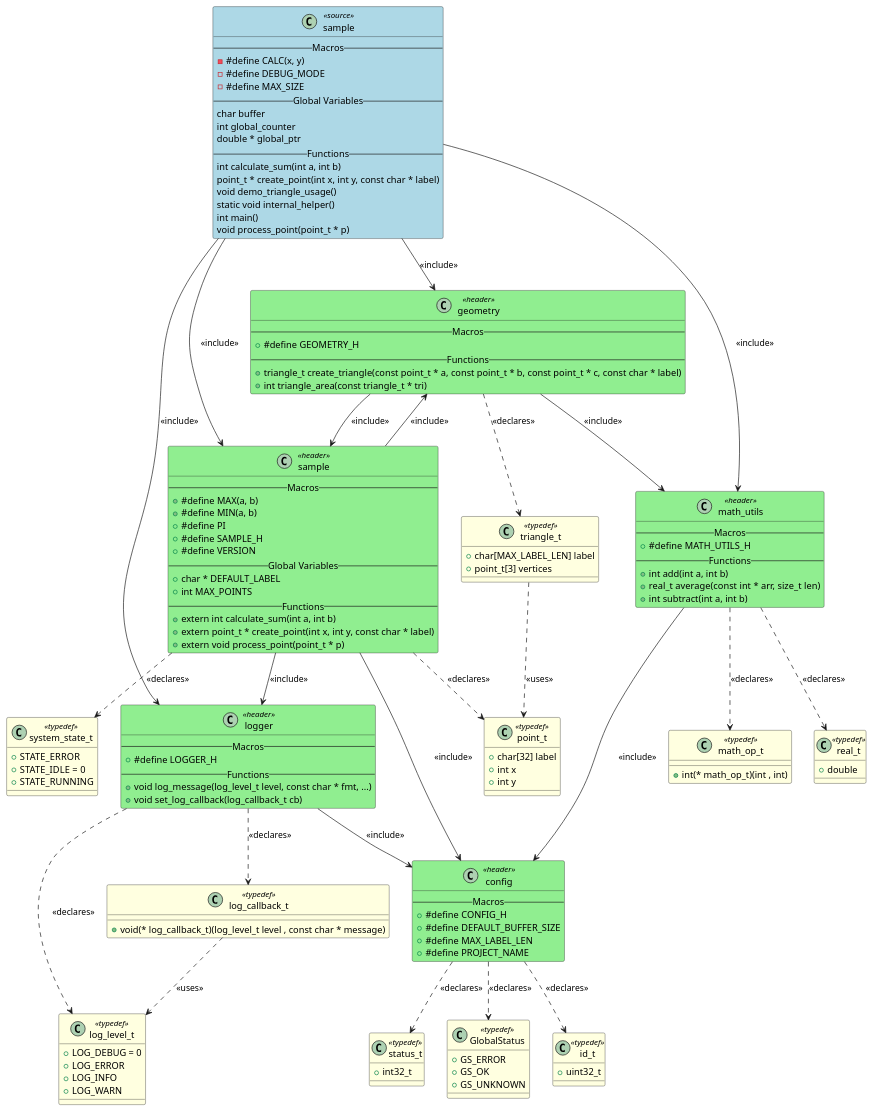
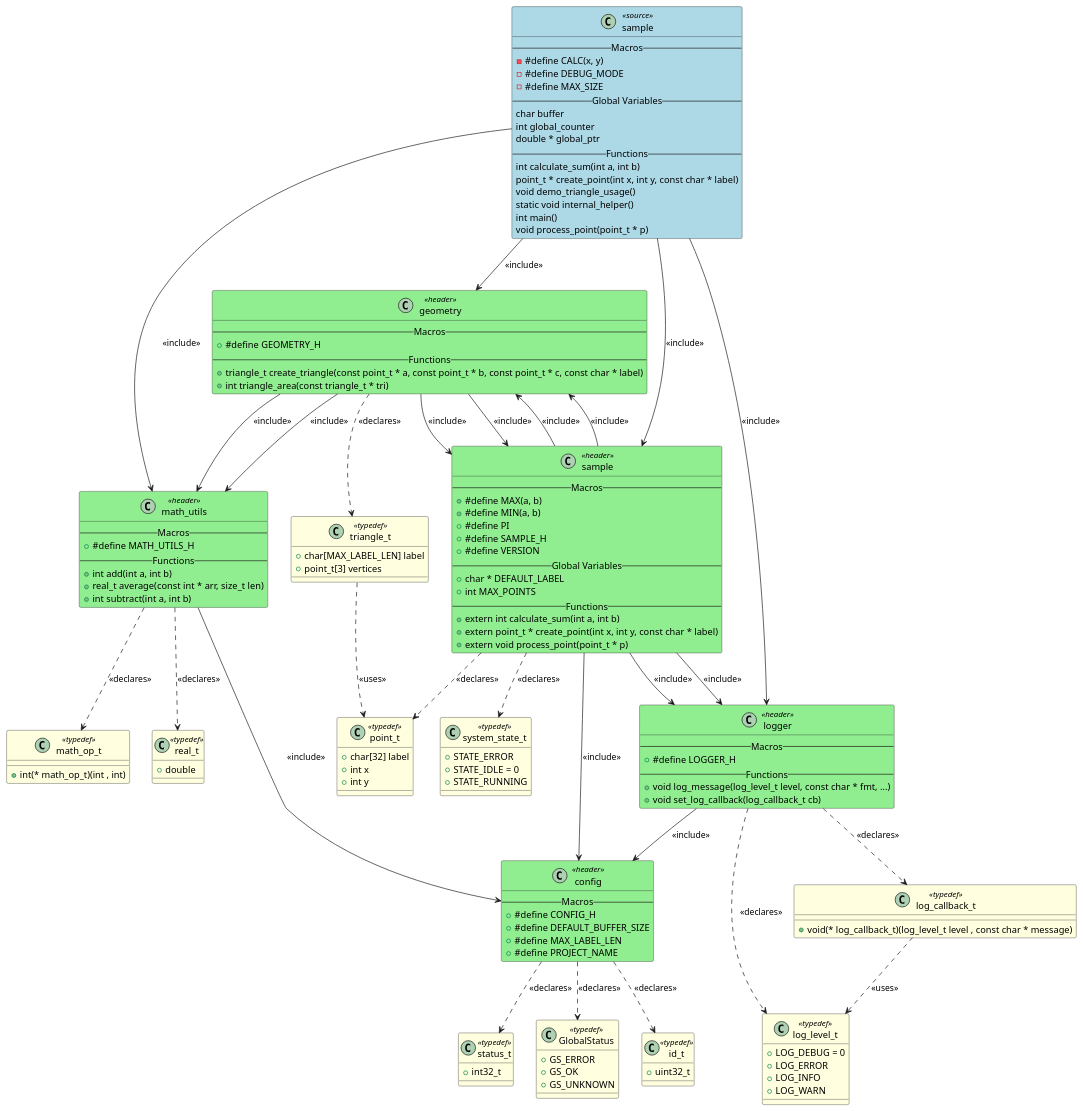
Before and after one commit to fischerjooo/c2puml: the diagram in output/sample.puml, drawn with PlantUML. The commit also changed 15 other files, not shown here.

```diff
--- a/output/sample.puml
+++ b/output/sample.puml
@@ -1,166 +1,170 @@
 @startuml sample
 
 class "sample" as SAMPLE <<source>> #LightBlue
 {
     -- Macros --
     - #define CALC(x, y)
     - #define DEBUG_MODE
     - #define MAX_SIZE
     -- Global Variables --
     char buffer
     int global_counter
     double * global_ptr
     -- Functions --
     int calculate_sum(int a, int b)
     point_t * create_point(int x, int y, const char * label)
     void demo_triangle_usage()
     static void internal_helper()
     int main()
     void process_point(point_t * p)
 }
 
 class "config" as HEADER_CONFIG <<header>> #LightGreen
 {
     -- Macros --
     + #define CONFIG_H
     + #define DEFAULT_BUFFER_SIZE
     + #define MAX_LABEL_LEN
     + #define PROJECT_NAME
 }
 
 class "geometry" as HEADER_GEOMETRY <<header>> #LightGreen
 {
     -- Macros --
     + #define GEOMETRY_H
     -- Functions --
     + triangle_t create_triangle(const point_t * a, const point_t * b, const point_t * c, const char * label)
     + int triangle_area(const triangle_t * tri)
 }
 
 class "logger" as HEADER_LOGGER <<header>> #LightGreen
 {
     -- Macros --
     + #define LOGGER_H
     -- Functions --
     + void log_message(log_level_t level, const char * fmt, ...)
     + void set_log_callback(log_callback_t cb)
 }
 
 class "math_utils" as HEADER_MATH_UTILS <<header>> #LightGreen
 {
     -- Macros --
     + #define MATH_UTILS_H
     -- Functions --
     + int add(int a, int b)
     + real_t average(const int * arr, size_t len)
     + int subtract(int a, int b)
 }
 
 class "sample" as HEADER_SAMPLE <<header>> #LightGreen
 {
     -- Macros --
     + #define MAX(a, b)
     + #define MIN(a, b)
     + #define PI
     + #define SAMPLE_H
     + #define VERSION
     -- Global Variables --
     + char * DEFAULT_LABEL
     + int MAX_POINTS
     -- Functions --
     + extern int calculate_sum(int a, int b)
     + extern point_t * create_point(int x, int y, const char * label)
     + extern void process_point(point_t * p)
 }
 
 class "GlobalStatus" as TYPEDEF_GLOBALSTATUS <<typedef>> #LightYellow
 {
     + GS_ERROR
     + GS_OK
     + GS_UNKNOWN
 }
 
 class "id_t" as TYPEDEF_ID_T <<typedef>> #LightYellow
 {
     + uint32_t
 }
 
 class "status_t" as TYPEDEF_STATUS_T <<typedef>> #LightYellow
 {
     + int32_t
 }
 
 class "triangle_t" as TYPEDEF_TRIANGLE_T <<typedef>> #LightYellow
 {
     + char[MAX_LABEL_LEN] label
     + point_t[3] vertices
 }
 
 class "log_level_t" as TYPEDEF_LOG_LEVEL_T <<typedef>> #LightYellow
 {
     + LOG_DEBUG = 0
     + LOG_ERROR
     + LOG_INFO
     + LOG_WARN
 }
 
 class "log_callback_t" as TYPEDEF_LOG_CALLBACK_T <<typedef>> #LightYellow
 {
     + void(* log_callback_t)(log_level_t level , const char * message)
 }
 
 class "math_op_t" as TYPEDEF_MATH_OP_T <<typedef>> #LightYellow
 {
     + int(* math_op_t)(int , int)
 }
 
 class "real_t" as TYPEDEF_REAL_T <<typedef>> #LightYellow
 {
     + double
 }
 
 class "point_t" as TYPEDEF_POINT_T <<typedef>> #LightYellow
 {
     + char[32] label
     + int x
     + int y
 }
 
 class "system_state_t" as TYPEDEF_SYSTEM_STATE_T <<typedef>> #LightYellow
 {
     + STATE_ERROR
     + STATE_IDLE = 0
     + STATE_RUNNING
 }
 
 
 ' Include relationships
 HEADER_GEOMETRY --> HEADER_MATH_UTILS : <<include>>
 HEADER_GEOMETRY --> HEADER_SAMPLE : <<include>>
 HEADER_LOGGER --> HEADER_CONFIG : <<include>>
 HEADER_MATH_UTILS --> HEADER_CONFIG : <<include>>
+HEADER_GEOMETRY --> HEADER_MATH_UTILS : <<include>>
+HEADER_GEOMETRY --> HEADER_SAMPLE : <<include>>
 SAMPLE --> HEADER_GEOMETRY : <<include>>
 SAMPLE --> HEADER_LOGGER : <<include>>
 SAMPLE --> HEADER_MATH_UTILS : <<include>>
 SAMPLE --> HEADER_SAMPLE : <<include>>
+HEADER_SAMPLE --> HEADER_GEOMETRY : <<include>>
+HEADER_SAMPLE --> HEADER_LOGGER : <<include>>
 HEADER_SAMPLE --> HEADER_CONFIG : <<include>>
 HEADER_SAMPLE --> HEADER_GEOMETRY : <<include>>
 HEADER_SAMPLE --> HEADER_LOGGER : <<include>>
 
 ' Declaration relationships
 HEADER_CONFIG ..> TYPEDEF_GLOBALSTATUS : <<declares>>
 HEADER_CONFIG ..> TYPEDEF_ID_T : <<declares>>
 HEADER_CONFIG ..> TYPEDEF_STATUS_T : <<declares>>
 HEADER_GEOMETRY ..> TYPEDEF_TRIANGLE_T : <<declares>>
 HEADER_LOGGER ..> TYPEDEF_LOG_LEVEL_T : <<declares>>
 HEADER_LOGGER ..> TYPEDEF_LOG_CALLBACK_T : <<declares>>
 HEADER_MATH_UTILS ..> TYPEDEF_MATH_OP_T : <<declares>>
 HEADER_MATH_UTILS ..> TYPEDEF_REAL_T : <<declares>>
 HEADER_SAMPLE ..> TYPEDEF_POINT_T : <<declares>>
 HEADER_SAMPLE ..> TYPEDEF_SYSTEM_STATE_T : <<declares>>
 
 ' Uses relationships
 TYPEDEF_TRIANGLE_T ..> TYPEDEF_POINT_T : <<uses>>
 TYPEDEF_LOG_CALLBACK_T ..> TYPEDEF_LOG_LEVEL_T : <<uses>>
 
 @enduml
```
